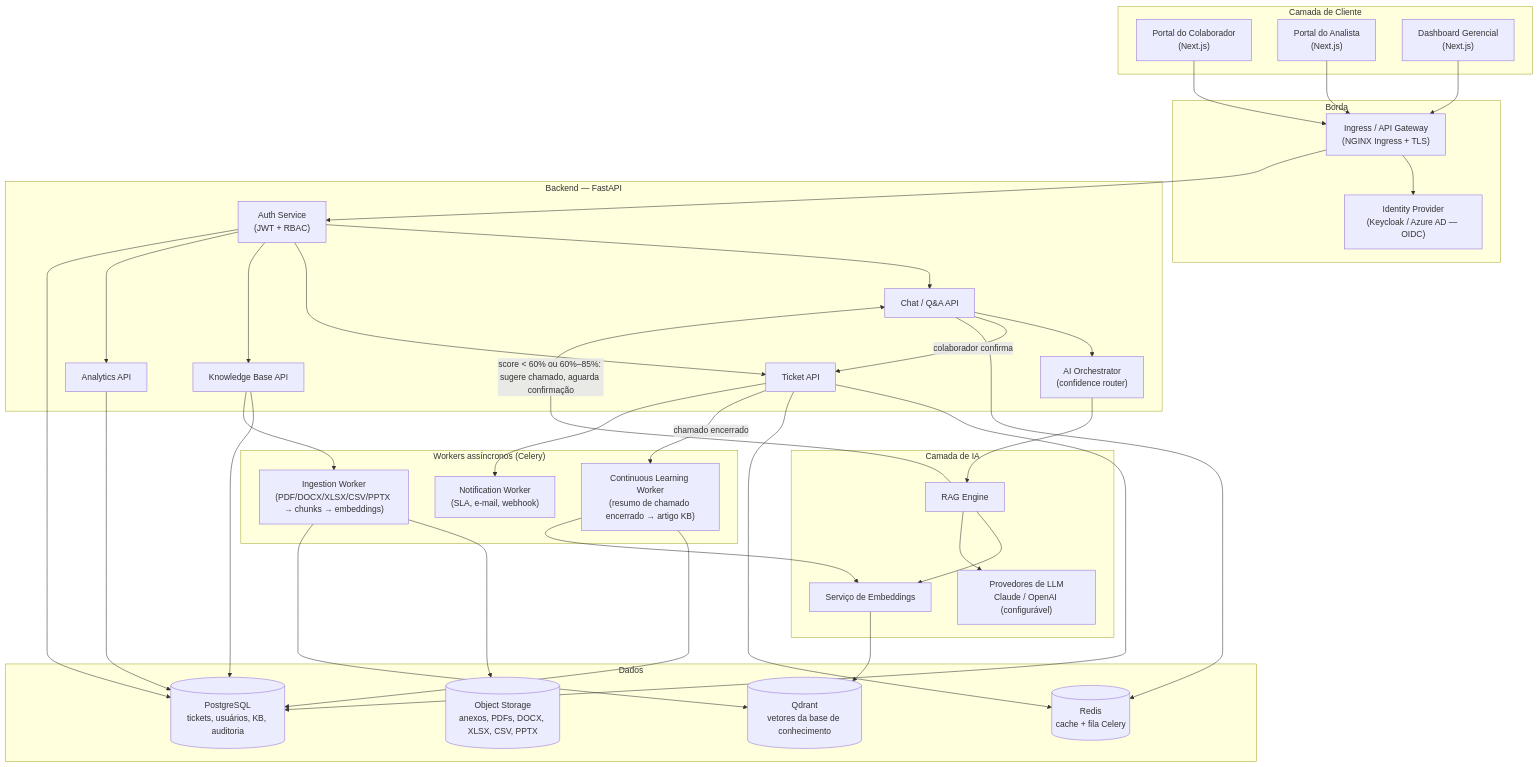
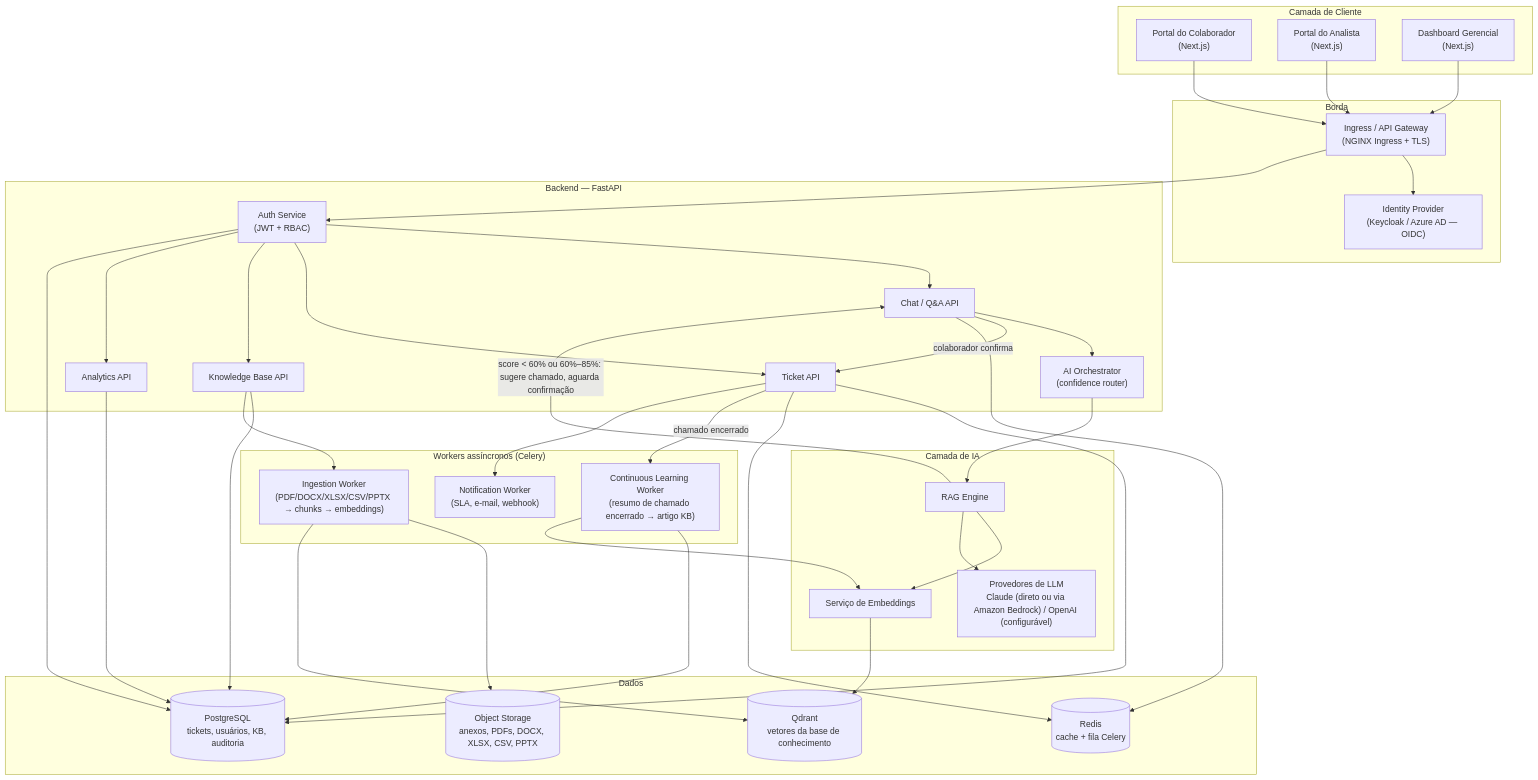
One commit to loamygoncalves/Sistema-de-Chamado-DP---IA changed the first of 4 diagrams in docs/ARCHITECTURE.md. Above: the diagram before and after it, drawn with Mermaid. The commit also changed 34 other files, not shown here.

````diff
--- a/docs/ARCHITECTURE.md
+++ b/docs/ARCHITECTURE.md
@@ -12,70 +12,70 @@
 ```mermaid
 flowchart TB
     subgraph Client["Camada de Cliente"]
         Portal["Portal do Colaborador<br/>(Next.js)"]
         Analyst["Portal do Analista<br/>(Next.js)"]
         Dash["Dashboard Gerencial<br/>(Next.js)"]
     end
 
     subgraph Edge["Borda"]
         IngressGW["Ingress / API Gateway<br/>(NGINX Ingress + TLS)"]
         SSO["Identity Provider<br/>(Keycloak / Azure AD — OIDC)"]
     end
 
     subgraph API["Backend — FastAPI"]
         Auth["Auth Service<br/>(JWT + RBAC)"]
         ChatAPI["Chat / Q&A API"]
         TicketAPI["Ticket API"]
         KBAPI["Knowledge Base API"]
         DashAPI["Analytics API"]
         Orchestrator["AI Orchestrator<br/>(confidence router)"]
     end
 
     subgraph AI["Camada de IA"]
         RAG["RAG Engine"]
-        Providers["Provedores de LLM<br/>Claude / OpenAI (configurável)"]
+        Providers["Provedores de LLM<br/>Claude (direto ou via Amazon Bedrock) / OpenAI (configurável)"]
         Embedder["Serviço de Embeddings"]
     end
 
     subgraph Data["Dados"]
         PG[("PostgreSQL<br/>tickets, usuários, KB, auditoria")]
         Redis[("Redis<br/>cache + fila Celery")]
         Qdrant[("Qdrant<br/>vetores da base de conhecimento")]
         Blob[("Object Storage<br/>anexos, PDFs, DOCX, XLSX, CSV, PPTX")]
     end
 
     subgraph Workers["Workers assíncronos (Celery)"]
         Ingest["Ingestion Worker<br/>(PDF/DOCX/XLSX/CSV/PPTX → chunks → embeddings)"]
         Learn["Continuous Learning Worker<br/>(resumo de chamado encerrado → artigo KB)"]
         Notify["Notification Worker<br/>(SLA, e-mail, webhook)"]
     end
 
     Portal --> IngressGW
     Analyst --> IngressGW
     Dash --> IngressGW
     IngressGW --> SSO
     IngressGW --> Auth
     Auth --> ChatAPI & TicketAPI & KBAPI & DashAPI
 
     ChatAPI --> Orchestrator
     Orchestrator --> RAG
     RAG --> Embedder --> Qdrant
     RAG --> Providers
     RAG -->|"score < 60% ou 60%–85%: sugere chamado, aguarda confirmação"| ChatAPI
     ChatAPI -->|colaborador confirma| TicketAPI
 
     TicketAPI --> PG
     KBAPI --> PG
     DashAPI --> PG
     Auth --> PG
     ChatAPI --> Redis
     TicketAPI --> Redis
 
     TicketAPI -->|chamado encerrado| Learn
     Learn --> PG
     Learn --> Embedder
     KBAPI --> Ingest
     Ingest --> Blob
     Ingest --> Qdrant
     TicketAPI --> Notify
 ```
````
